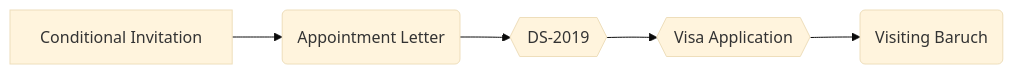
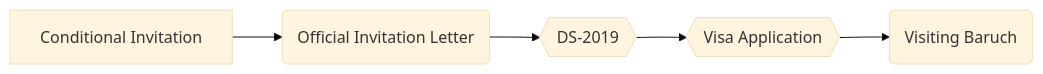
Before and after one commit to drganghe/drganghe.github.io: the diagram in notes/cuny-baruch-visiting-scholar-paperwork-guide.qmd, drawn with Mermaid (base theme). The commit also changed other lines of this file and 305 other files, not shown here.

````diff
--- a/notes/cuny-baruch-visiting-scholar-paperwork-guide.qmd
+++ b/notes/cuny-baruch-visiting-scholar-paperwork-guide.qmd
@@ -18,8 +18,8 @@
 ```{mermaid}
 flowchart LR
   A[Conditional Invitation] --> 
-  B(Appointment Letter) -->
+  B(Official Invitation Letter) -->
   C{{DS-2019}} -->
   D{{Visa Application}}  -->
   E(Visiting Baruch)
 ```
````
